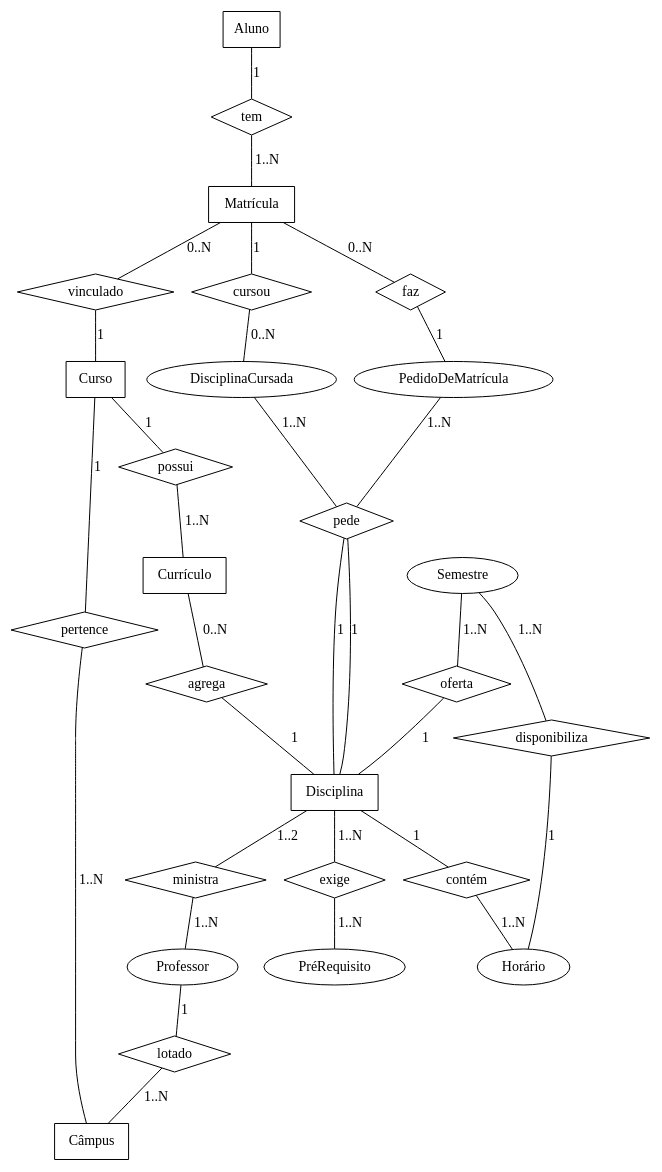
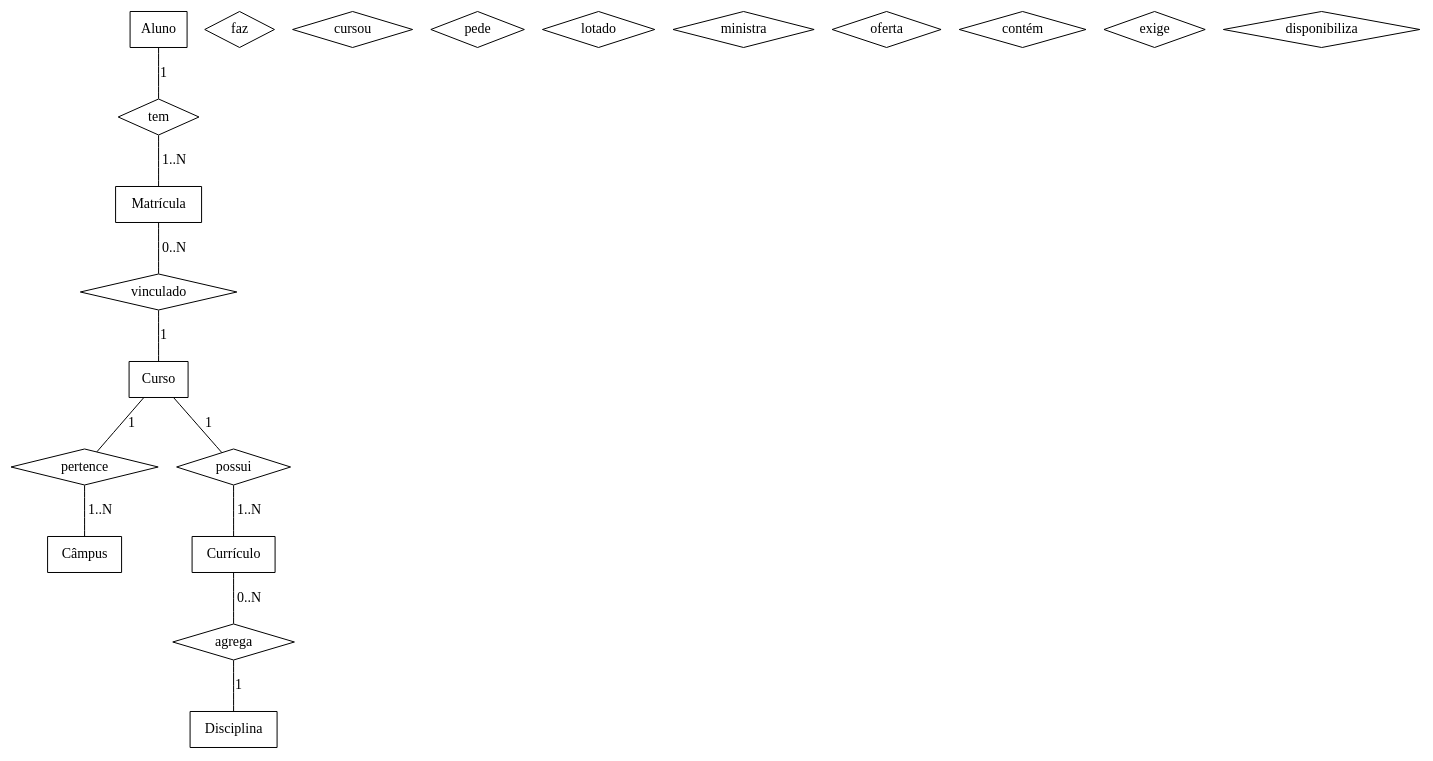
The diagram in diagrama_ER.dot (kathfertig/BCD20162), drawn with Graphviz before and after one commit.

```diff
--- a/diagrama_ER.dot
+++ b/diagrama_ER.dot
@@ -1,66 +1,66 @@
 graph diagramaER {
 
 // Entidades
   Matrícula [shape=record]
   Curso [shape=record]
   Aluno [shape=record]
   Disciplina [shape=record]
   Currículo [shape=record]
   Câmpus [shape=record]
   
   //DisciplinaCursada [shape=record]
   //PedidoDeMatrícula [shape=record]
   //Professor [shape=record]
   //semestre [shape=record]
   //Horário [shape=record]
   //PréRequisito [shape=record]
  
   // Relacionamentos
   tem [shape=diamond]
   faz [shape=diamond]
   vinculado [shape=diamond]
   cursou [shape=diamond]
   pede [shape=diamond]
   pertence [shape=diamond]
   possui [shape=diamond]
   lotado [shape=diamond]
   agrega [shape=diamond]
   ministra [shape=diamond]
   oferta [shape=diamond]
   contém [shape=diamond]
   exige [shape=diamond]
   disponibiliza [shape=diamond]
  
    // Ligações Entidade-Entidade
   Aluno -- tem [label="1"]
   tem -- Matrícula [label="1..N"]
-  Matrícula -- cursou [label="1"]
-  cursou -- DisciplinaCursada [label="0..N"]
-  PedidoDeMatrícula -- pede [label="1..N"]
-  pede -- Disciplina [label="1"]
-  DisciplinaCursada -- pede [label="1..N"]
-  pede -- Disciplina [label="1"]
-  Matrícula -- faz [label="0..N"]
-  faz -- PedidoDeMatrícula [label="1"]
+  //Matrícula -- cursou [label="1"]
+  //cursou -- DisciplinaCursada [label="0..N"]
+  //PedidoDeMatrícula -- pede [label="1..N"]
+  //pede -- Disciplina [label="1"]
+  //DisciplinaCursada -- pede [label="1..N"]
+  //pede -- Disciplina [label="1"]
+  //Matrícula -- faz [label="0..N"]
+  //faz -- PedidoDeMatrícula [label="1"]
   Matrícula -- vinculado [label="0..N"]
   vinculado -- Curso [label="1"]
   Curso -- pertence [label="1"]
   pertence -- Câmpus [label="1..N"]
   Curso -- possui [label="1"]
   possui -- Currículo [label="1..N"]
-  Professor -- lotado [label="1"]
-  lotado -- Câmpus [label="1..N"]
-  Disciplina -- ministra [label="1..2"]
-  ministra -- Professor [label="1..N"]
+  //Professor -- lotado [label="1"]
+  //lotado -- Câmpus [label="1..N"]
+  //Disciplina -- ministra [label="1..2"]
+  //ministra -- Professor [label="1..N"]
   Currículo -- agrega [label="0..N"]
   agrega -- Disciplina [label="1"]
-  Semestre -- oferta [label="1..N"]
-  oferta -- Disciplina [label="1"]
-  Disciplina -- contém [label="1"]
-  contém -- Horário [label="1..N"]
-  Semestre -- disponibiliza [label="1..N"]
-  disponibiliza -- Horário [label="1"]
-  Disciplina -- exige [label="1..N"]
-  exige -- PréRequisito [label="1..N"]
+  //Semestre -- oferta [label="1..N"]
+  //oferta -- Disciplina [label="1"]
+  //Disciplina -- contém [label="1"]
+  //contém -- Horário [label="1..N"]
+  //Semestre -- disponibiliza [label="1..N"]
+  //disponibiliza -- Horário [label="1"]
+  //Disciplina -- exige [label="1..N"]
+  //exige -- PréRequisito [label="1..N"]
 
 }
```
